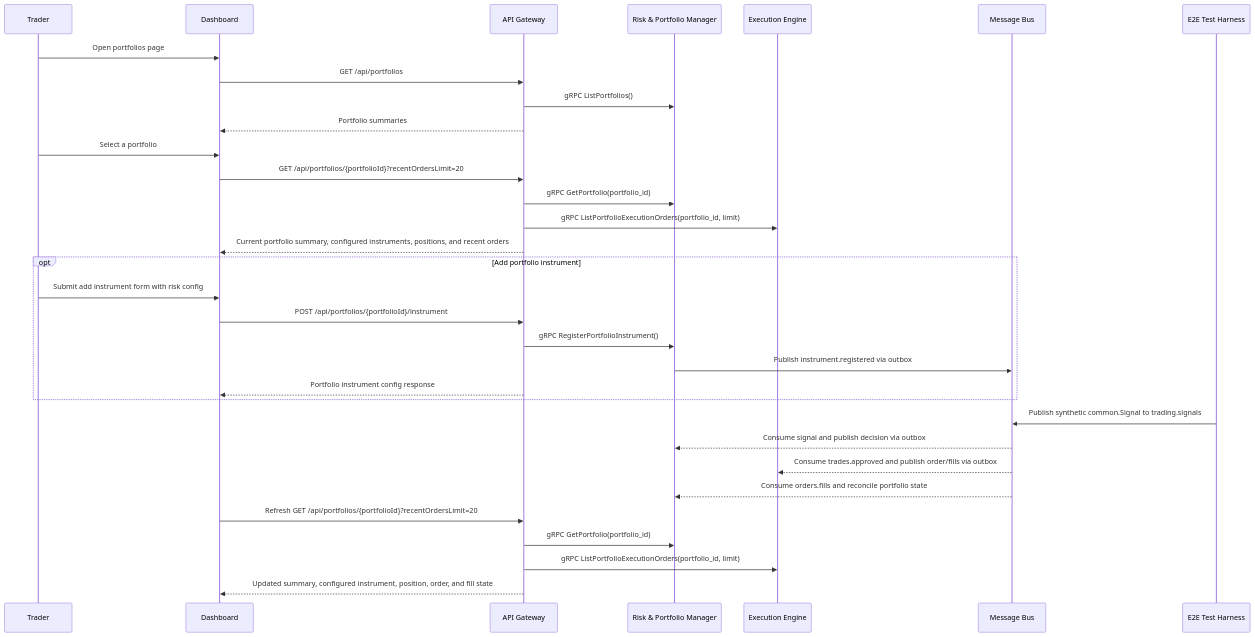
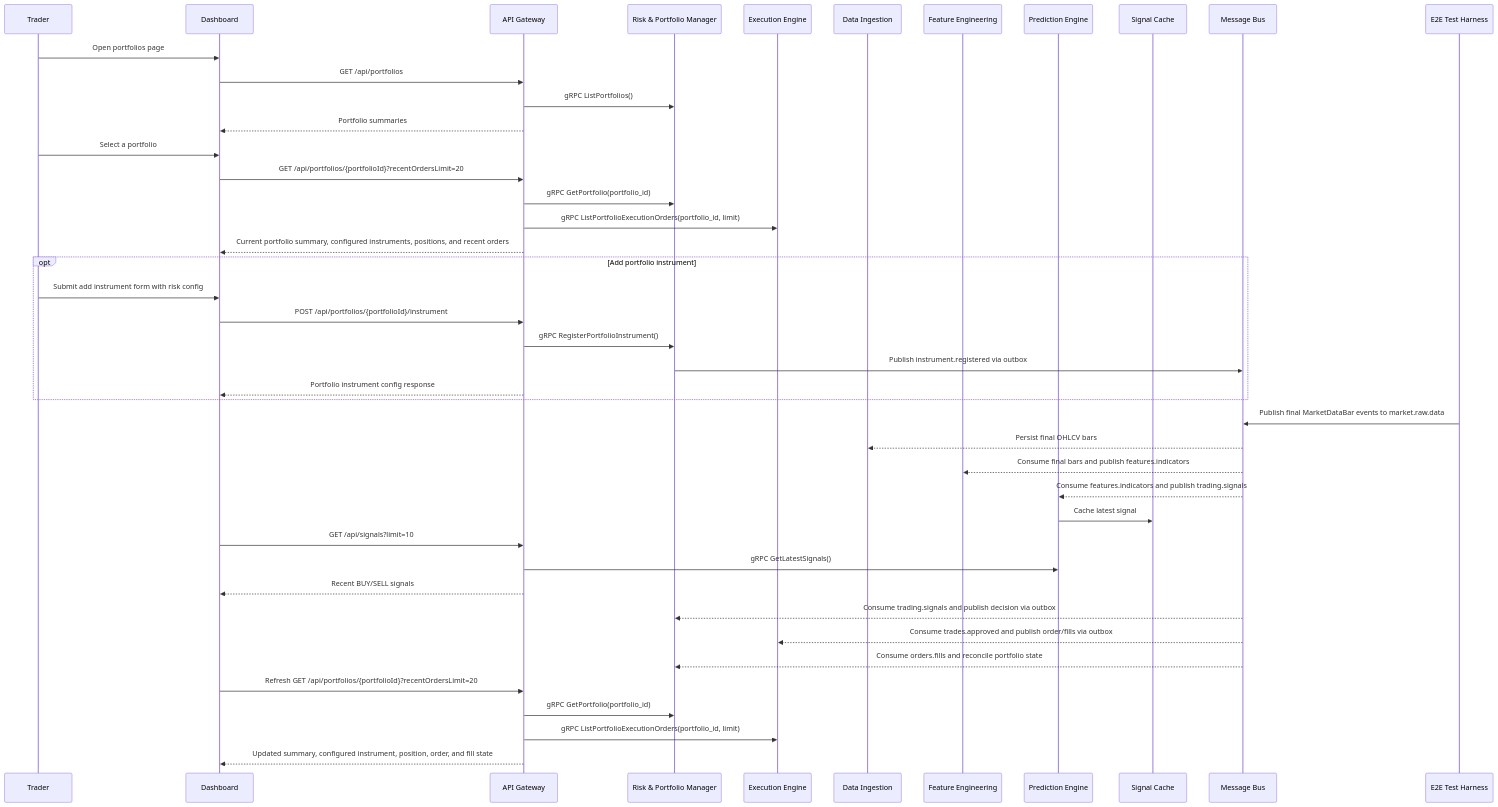
One commit to IMalaniak/trading-bot changed the sixth of 7 diagrams in docs/architecture/ARCHITECTURE.md. Above: the diagram before and after it, drawn with Mermaid. The commit also changed other lines of this file and 106 other files, not shown here.

First line of the commit message:
feat: prediction engine service (#119)

````diff
--- a/docs/architecture/ARCHITECTURE.md
+++ b/docs/architecture/ARCHITECTURE.md
@@ -801,38 +811,49 @@
 ```mermaid
 sequenceDiagram
     participant Trader
     participant Dashboard
     participant APIGateway as API Gateway
     participant RiskManager as Risk & Portfolio Manager
     participant ExecutionEngine as Execution Engine
+    participant DataIngestion as Data Ingestion
+    participant FeatureEng as Feature Engineering
+    participant PredictionEngine as Prediction Engine
+    participant Redis as Signal Cache
     participant Kafka as Message Bus
     participant TestHarness as E2E Test Harness
 
     Trader->>Dashboard: Open portfolios page
     Dashboard->>APIGateway: GET /api/portfolios
     APIGateway->>RiskManager: gRPC ListPortfolios()
     APIGateway-->>Dashboard: Portfolio summaries
     Trader->>Dashboard: Select a portfolio
     Dashboard->>APIGateway: GET /api/portfolios/{portfolioId}?recentOrdersLimit=20
     APIGateway->>RiskManager: gRPC GetPortfolio(portfolio_id)
     APIGateway->>ExecutionEngine: gRPC ListPortfolioExecutionOrders(portfolio_id, limit)
     APIGateway-->>Dashboard: Current portfolio summary, configured instruments, positions, and recent orders
 
     opt Add portfolio instrument
         Trader->>Dashboard: Submit add instrument form with risk config
         Dashboard->>APIGateway: POST /api/portfolios/{portfolioId}/instrument
         APIGateway->>RiskManager: gRPC RegisterPortfolioInstrument()
         RiskManager->>Kafka: Publish instrument.registered via outbox
         APIGateway-->>Dashboard: Portfolio instrument config response
     end
 
-    TestHarness->>Kafka: Publish synthetic common.Signal to trading.signals
-    Kafka-->>RiskManager: Consume signal and publish decision via outbox
+    TestHarness->>Kafka: Publish final MarketDataBar events to market.raw.data
+    Kafka-->>DataIngestion: Persist final OHLCV bars
+    Kafka-->>FeatureEng: Consume final bars and publish features.indicators
+    Kafka-->>PredictionEngine: Consume features.indicators and publish trading.signals
+    PredictionEngine->>Redis: Cache latest signal
+    Dashboard->>APIGateway: GET /api/signals?limit=10
+    APIGateway->>PredictionEngine: gRPC GetLatestSignals()
+    APIGateway-->>Dashboard: Recent BUY/SELL signals
+    Kafka-->>RiskManager: Consume trading.signals and publish decision via outbox
     Kafka-->>ExecutionEngine: Consume trades.approved and publish order/fills via outbox
     Kafka-->>RiskManager: Consume orders.fills and reconcile portfolio state
 
     Dashboard->>APIGateway: Refresh GET /api/portfolios/{portfolioId}?recentOrdersLimit=20
     APIGateway->>RiskManager: gRPC GetPortfolio(portfolio_id)
     APIGateway->>ExecutionEngine: gRPC ListPortfolioExecutionOrders(portfolio_id, limit)
     APIGateway-->>Dashboard: Updated summary, configured instrument, position, order, and fill state
 ```
````
